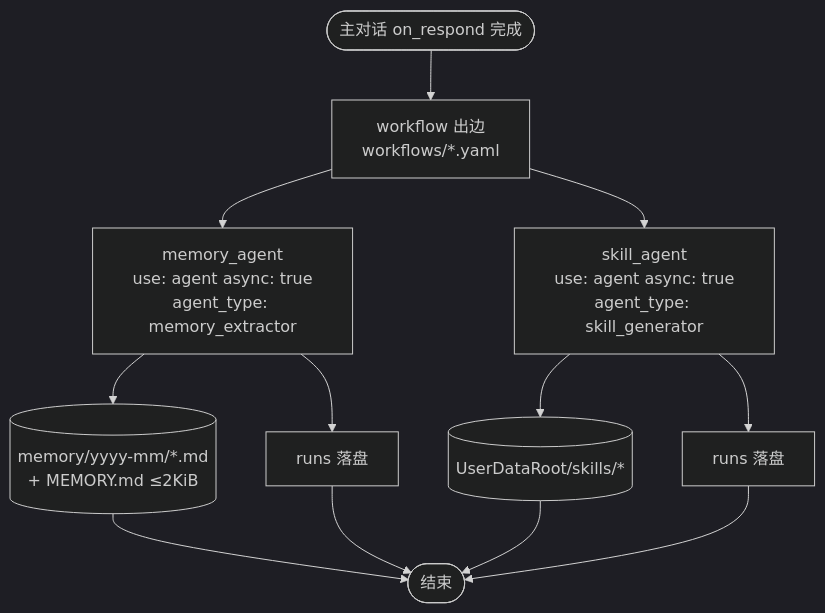
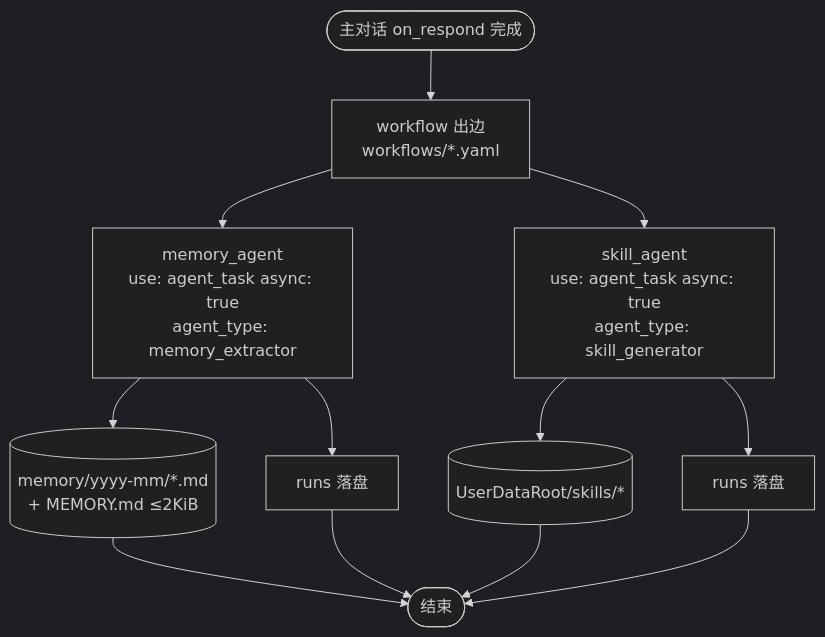
Before and after one commit to lengzhao/oneclaw: the fifth of 9 diagrams in docs/architecture.md, drawn with Mermaid (dark theme). The commit also changed other lines of this file and 70 other files, not shown here.

````diff
--- a/docs/architecture.md
+++ b/docs/architecture.md
@@ -162,14 +162,14 @@
 ```mermaid
 flowchart TD
   MAIN([主对话 on_respond 完成]) --> Q[workflow 出边<br/>workflows/*.yaml]
-  Q --> M["memory_agent<br/>use: agent async: true<br/>agent_type: memory_extractor"]
-  Q --> S["skill_agent<br/>use: agent async: true<br/>agent_type: skill_generator"]
+  Q --> M["memory_agent<br/>use: agent_task async: true<br/>agent_type: memory_extractor"]
+  Q --> S["skill_agent<br/>use: agent_task async: true<br/>agent_type: skill_generator"]
   M --> DISK1[("memory/yyyy-mm/*.md<br/>+ MEMORY.md ≤2KiB")]
   S --> DISK2[("UserDataRoot/skills/*")]
   M --> LOG1[runs 落盘]
   S --> LOG2[runs 落盘]
   DISK1 --> DONE([结束])
   DISK2 --> DONE
   LOG1 --> DONE
   LOG2 --> DONE
 ```
````
